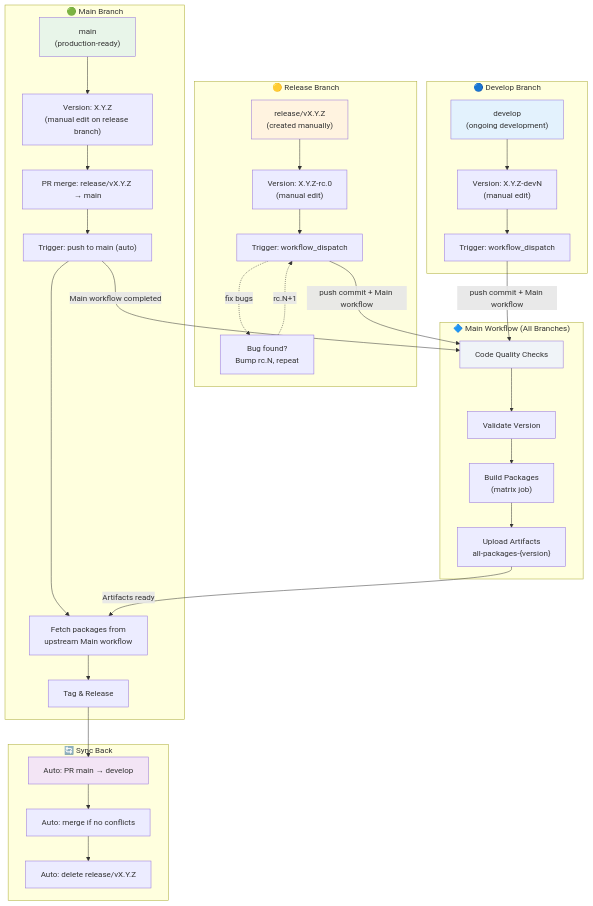
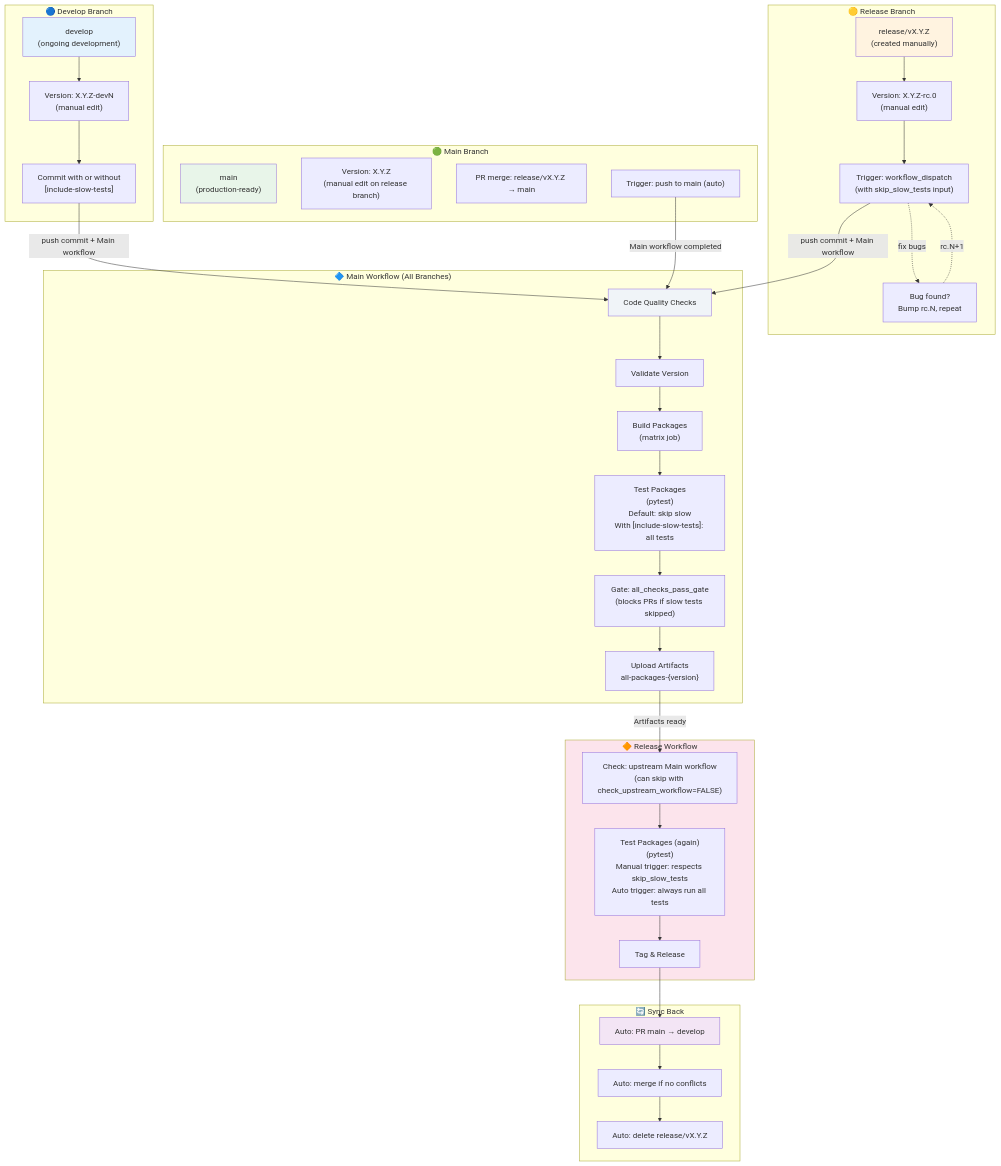
The diagram in RELEASING.md (abhi8893/genai-shopping-assistant), drawn with Mermaid before and after one commit. The commit also changed other lines of this file and 10 other files, not shown here.

````diff
--- a/RELEASING.md
+++ b/RELEASING.md
@@ -629,56 +746,63 @@
 ```mermaid
 graph TD
     subgraph develop["🔵 Develop Branch"]
         D1["develop<br/>(ongoing development)"]
         D2["Version: X.Y.Z-devN<br/>(manual edit)"]
-        D3["Trigger: workflow_dispatch"]
+        D3["Commit with or without<br/>[include-slow-tests]"]
         D1 --> D2 --> D3
     end
 
     subgraph release["🟡 Release Branch"]
         R1["release/vX.Y.Z<br/>(created manually)"]
         R2["Version: X.Y.Z-rc.0<br/>(manual edit)"]
-        R3["Trigger: workflow_dispatch"]
+        R3["Trigger: workflow_dispatch<br/>(with skip_slow_tests input)"]
         R4["Bug found?<br/>Bump rc.N, repeat"]
         R1 --> R2 --> R3
         R3 -.->|fix bugs| R4
         R4 -.->|rc.N+1| R3
     end
 
     subgraph main_workflow["🔷 Main Workflow (All Branches)"]
         MW1["Code Quality Checks"]
         MW2["Validate Version"]
         MW3["Build Packages<br/>(matrix job)"]
-        MW4["Upload Artifacts<br/>all-packages-{version}"]
-        MW1 --> MW2 --> MW3 --> MW4
+        MW4["Test Packages<br/>(pytest)<br/>Default: skip slow<br/>With [include-slow-tests]: all tests"]
+        MW5["Gate: all_checks_pass_gate<br/>(blocks PRs if slow tests skipped)"]
+        MW6["Upload Artifacts<br/>all-packages-{version}"]
+        MW1 --> MW2 --> MW3 --> MW4 --> MW5 --> MW6
     end
 
     subgraph main["🟢 Main Branch"]
         M1["main<br/>(production-ready)"]
         M2["Version: X.Y.Z<br/>(manual edit on release branch)"]
         M3["PR merge: release/vX.Y.Z → main"]
         M4["Trigger: push to main (auto)"]
-        M5["Fetch packages from<br/>upstream Main workflow"]
-        M6["Tag & Release"]
-        M1 --> M2 --> M3 --> M4 --> M5 --> M6
+    end
+
+    subgraph release_workflow["🔶 Release Workflow"]
+        R5["Check: upstream Main workflow<br/>(can skip with check_upstream_workflow=FALSE)"]
+        R6["Test Packages (again)<br/>(pytest)<br/>Manual trigger: respects skip_slow_tests<br/>Auto trigger: always run all tests"]
+        R7["Tag & Release"]
+        R5 --> R6 --> R7
     end
 
     subgraph sync["🔄 Sync Back"]
         S1["Auto: PR main → develop"]
         S2["Auto: merge if no conflicts"]
         S3["Auto: delete release/vX.Y.Z"]
         S1 --> S2 --> S3
     end
 
     D3 -->|push commit + Main workflow| MW1
     R3 -->|push commit + Main workflow| MW1
     M4 -->|Main workflow completed| MW1
-    MW4 -->|Artifacts ready| M5
-    M6 --> S1
+    MW6 -->|Artifacts ready| R5
+    R7 --> S1
 
     style D1 fill:#e3f2fd
     style R1 fill:#fff3e0
     style M1 fill:#e8f5e9
     style S1 fill:#f3e5f5
     style MW1 fill:#f0f4f8
+    style release_workflow fill:#fce4ec
 ```
````
